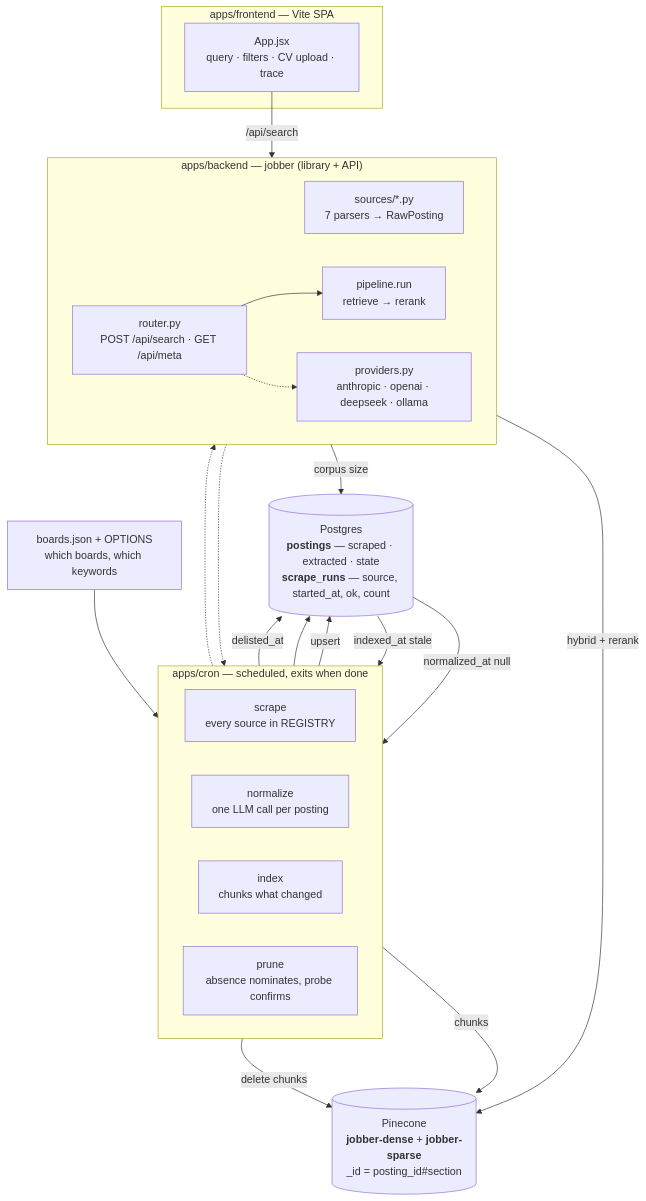
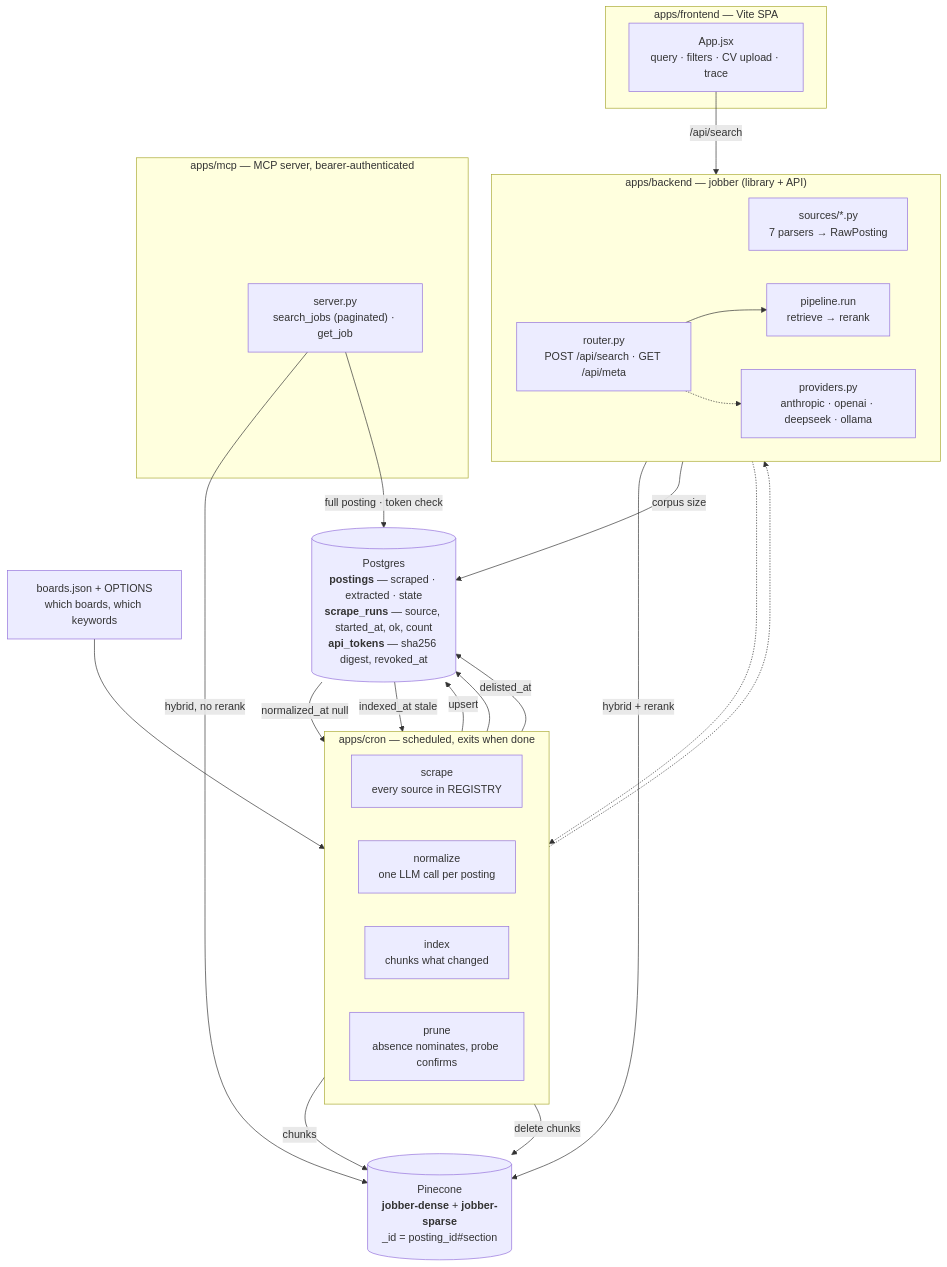
One commit to NotVadusha/Jobber.it changed the diagram in README.md. Above: the diagram before and after it, drawn with Mermaid. The commit also changed other lines of this file and 61 other files, not shown here.

Commit message:
feat: implement MCP server, alembic migrations, and per-app config

````diff
--- a/README.md
+++ b/README.md
@@ -9,43 +9,49 @@
 ```mermaid
 flowchart TB
   boards["boards.json + OPTIONS<br/>which boards, which keywords"]
 
   subgraph cron["apps/cron — scheduled, exits when done"]
     direction LR
     scrape["scrape<br/>every source in REGISTRY"]
     norm["normalize<br/>one LLM call per posting"]
     idxstep["index<br/>chunks what changed"]
     prune["prune<br/>absence nominates, probe confirms"]
   end
 
   subgraph backend["apps/backend — jobber (library + API)"]
     direction LR
     parsers["sources/*.py<br/>7 parsers → RawPosting"]
     prov["providers.py<br/>anthropic · openai · deepseek · ollama"]
     api["router.py<br/>POST /api/search · GET /api/meta"]
     pipe["pipeline.run<br/>retrieve → rerank"]
   end
 
+  subgraph mcp["apps/mcp — MCP server, bearer-authenticated"]
+    tools["server.py<br/>search_jobs (paginated) · get_job"]
+  end
+
   subgraph fe["apps/frontend — Vite SPA"]
     ui["App.jsx<br/>query · filters · CV upload · trace"]
   end
 
-  pg[("Postgres<br/><b>postings</b> — scraped · extracted · state<br/><b>scrape_runs</b> — source, started_at, ok, count")]
+  pg[("Postgres<br/><b>postings</b> — scraped · extracted · state<br/><b>scrape_runs</b> — source, started_at, ok, count<br/><b>api_tokens</b> — sha256 digest, revoked_at")]
   pc[("Pinecone<br/><b>jobber-dense</b> + <b>jobber-sparse</b><br/>_id = posting_id#section")]
 
   boards --> scrape
   parsers -.-> scrape
   scrape -->|upsert| pg
   pg -->|normalized_at null| norm
   norm -.-> prov
   norm --> pg
   pg -->|indexed_at stale| idxstep
   idxstep -->|chunks| pc
   prune -->|delete chunks| pc
   prune -->|delisted_at| pg
   ui -->|/api/search| api
   api --> pipe
   pipe -->|hybrid + rerank| pc
   api -->|corpus size| pg
   api -.-> prov
+  tools -->|hybrid, no rerank| pc
+  tools -->|full posting · token check| pg
 ```
````
